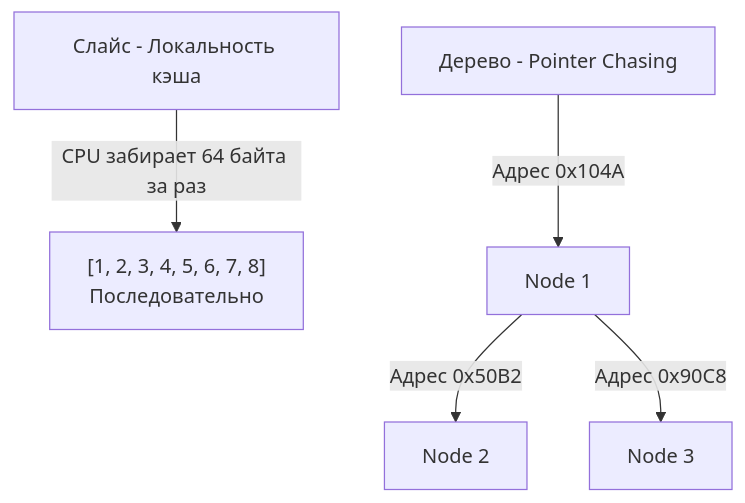
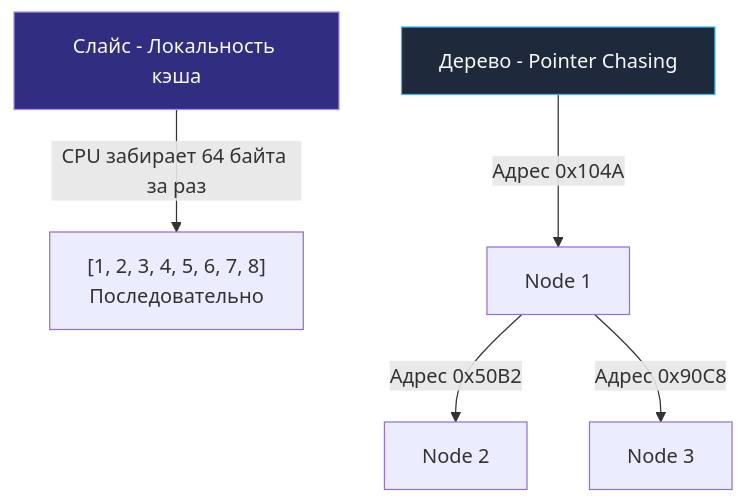
The diagram in sources/21. Задачи с LeetCode и собеседований на Go/02. Задачи/13. Деревья/1. Теория. Деревья.md (UnrealTemplier/go-textbook), drawn with Mermaid before and after one commit. The commit also changed 1666 other files, not shown here.

First line of the commit message:
feat(mermaid): add semantic color classDef to 1369 colorless flowchart/graph diagrams

````diff
--- a/sources/21. Задачи с LeetCode и собеседований на Go/02. Задачи/13. Деревья/1. Теория. Деревья.md
+++ b/sources/21. Задачи с LeetCode и собеседований на Go/02. Задачи/13. Деревья/1. Теория. Деревья.md
@@ -39,8 +39,18 @@
 ```mermaid
 graph TD
-    A["Слайс - Локальность кэша"] -->|"CPU забирает 64 байта за раз"| B["[1, 2, 3, 4, 5, 6, 7, 8]<br>Последовательно"]
+    classDef process  fill:#1e293b,stroke:#38bdf8,stroke-width:1px,color:#f8fafc
+    classDef success  fill:#064e3b,stroke:#34d399,stroke-width:1px,color:#f8fafc
+    classDef error    fill:#7f1d1d,stroke:#f87171,stroke-width:1px,color:#f8fafc
+    classDef warning  fill:#78350f,stroke:#fbbf24,stroke-width:1px,color:#f8fafc
+    classDef entry    fill:#1e3a5f,stroke:#38bdf8,stroke-width:2px,color:#f8fafc
+    classDef aux      fill:#334155,stroke:#64748b,stroke-width:1px,color:#f8fafc
+    classDef system   fill:#312e81,stroke:#a78bfa,stroke-width:1px,color:#f8fafc
+    classDef data     fill:#132d29,stroke:#2dd4bf,stroke-width:1px,color:#f8fafc
+    classDef network  fill:#881337,stroke:#fb7185,stroke-width:1px,color:#f8fafc
+    classDef accent   fill:#1e1b4b,stroke:#818cf8,stroke-width:1px,color:#f8fafc
+    A["Слайс - Локальность кэша"]:::system -->|"CPU забирает 64 байта за раз"| B["[1, 2, 3, 4, 5, 6, 7, 8]<br>Последовательно"]
     
-    C["Дерево - Pointer Chasing"] -->|"Адрес 0x104A"| D["Node 1"]
+    C["Дерево - Pointer Chasing"]:::process -->|"Адрес 0x104A"| D["Node 1"]
     D -->|"Адрес 0x50B2"| E["Node 2"]
     D -->|"Адрес 0x90C8"| F["Node 3"]
 ```
````
